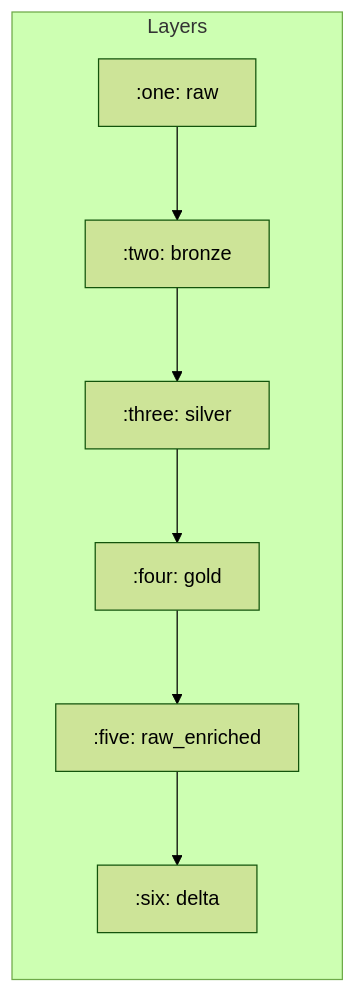
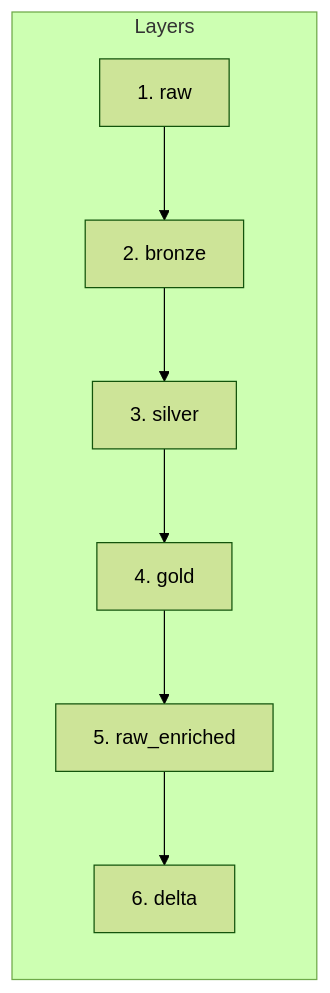
Before and after one commit to ThanuMahee12/AgentContext: diagram 18 of 22 in docs/brainstorms/investigation-db.md, drawn with Mermaid (forest theme). The commit also changed other lines of this file, not shown here.

Commit message:
docs: remove emoji shortcodes from mermaid diagrams

````diff
--- a/docs/brainstorms/investigation-db.md
+++ b/docs/brainstorms/investigation-db.md
@@ -516,14 +516,14 @@
 ```mermaid
 flowchart LR
     subgraph Layers
         direction TB
-        L1[":one: raw"]
-        L2[":two: bronze"]
-        L3[":three: silver"]
-        L4[":four: gold"]
-        L5[":five: raw_enriched"]
-        L6[":six: delta"]
+        L1["1. raw"]
+        L2["2. bronze"]
+        L3["3. silver"]
+        L4["4. gold"]
+        L5["5. raw_enriched"]
+        L6["6. delta"]
     end
 
     L1 --> L2 --> L3 --> L4 --> L5 --> L6
 ```
````
